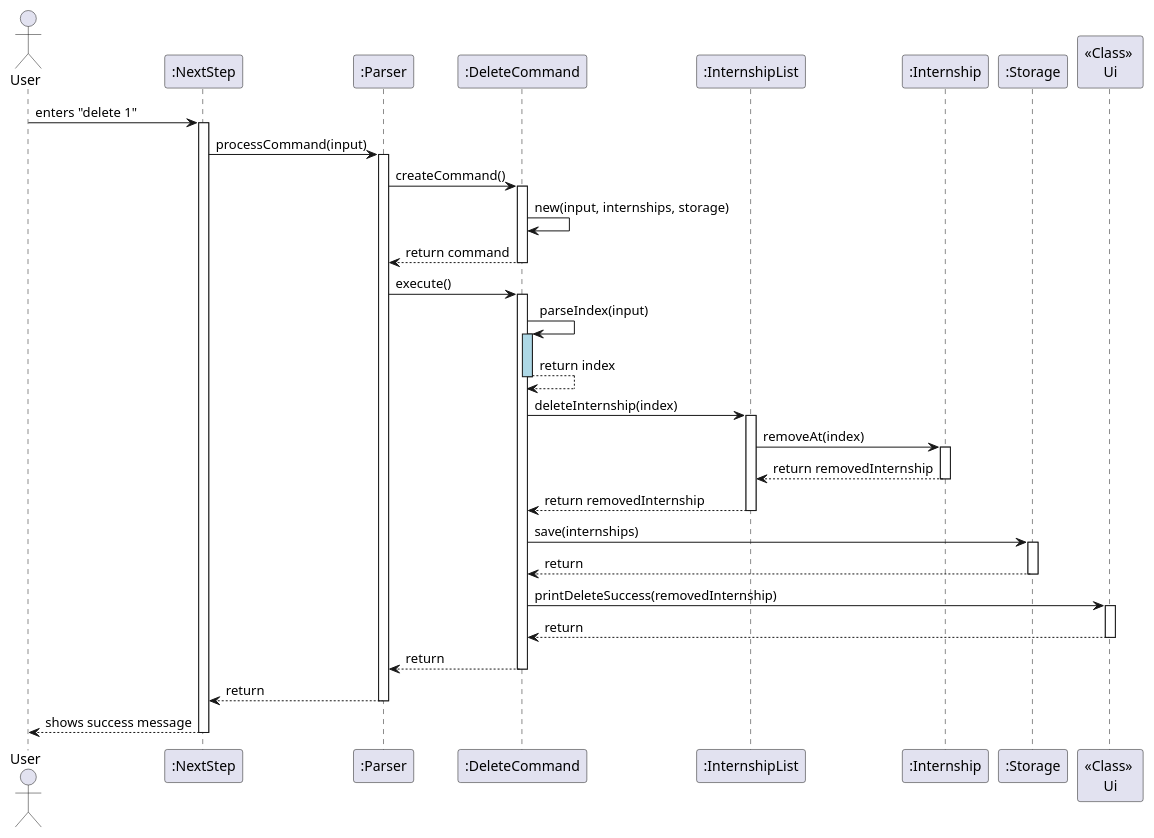
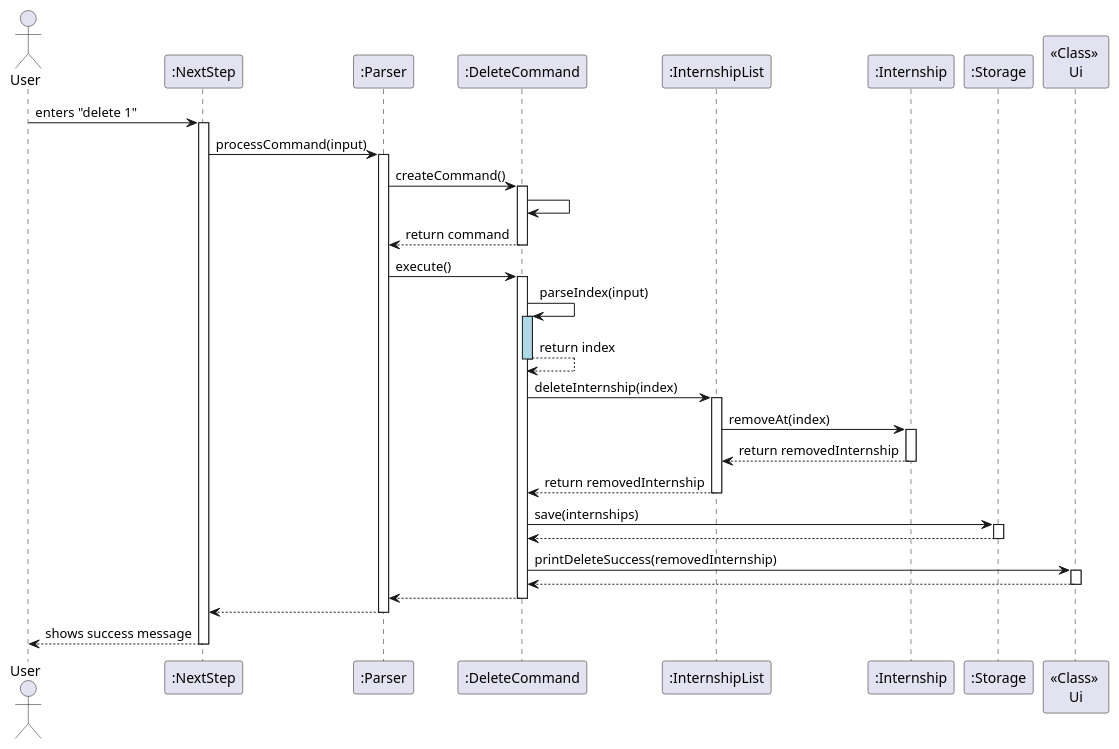
One commit to xyanjun02/tp changed the diagram in docs/diagrams/deleteCommandSequence.puml. Above: the diagram before and after it, drawn with PlantUML. The commit also changed 6 other files, not shown here.

```diff
--- a/docs/diagrams/deleteCommandSequence.puml
+++ b/docs/diagrams/deleteCommandSequence.puml
@@ -1,60 +1,60 @@
 @startuml
 'https://plantuml.com/sequence-diagram
 
 actor User
 participant ":NextStep" as NextStep
 participant ":Parser" as Parser
 participant ":DeleteCommand" as DeleteCommand
 participant ":InternshipList" as InternshipList
 participant ":Internship" as Internship
 participant ":Storage" as Storage
 participant "<<Class>> \nUi" as Ui
 
 User -> NextStep : enters "delete 1"
 activate NextStep
 
 NextStep -> Parser : processCommand(input)
 activate Parser
 
 Parser -> DeleteCommand : createCommand()
 activate DeleteCommand
-DeleteCommand -> DeleteCommand : new(input, internships, storage)
+DeleteCommand -> DeleteCommand
 DeleteCommand --> Parser : return command
 deactivate DeleteCommand
 
 Parser -> DeleteCommand : execute()
 activate DeleteCommand
 
 DeleteCommand -> DeleteCommand : parseIndex(input)
 activate DeleteCommand #lightblue
 DeleteCommand --> DeleteCommand : return index
 deactivate DeleteCommand
 
 DeleteCommand -> InternshipList : deleteInternship(index)
 activate InternshipList
 InternshipList -> Internship : removeAt(index)
 activate Internship
 Internship --> InternshipList : return removedInternship
 deactivate Internship
 InternshipList --> DeleteCommand : return removedInternship
 deactivate InternshipList
 
 DeleteCommand -> Storage : save(internships)
 activate Storage
-Storage --> DeleteCommand : return
+Storage --> DeleteCommand
 deactivate Storage
 
 DeleteCommand -> Ui : printDeleteSuccess(removedInternship)
 activate Ui
-Ui --> DeleteCommand : return
+Ui --> DeleteCommand
 deactivate Ui
 
-DeleteCommand --> Parser : return
+DeleteCommand --> Parser
 deactivate DeleteCommand
 
-Parser --> NextStep : return
+Parser --> NextStep
 deactivate Parser
 
 NextStep --> User : shows success message
 deactivate NextStep
 @enduml
```
